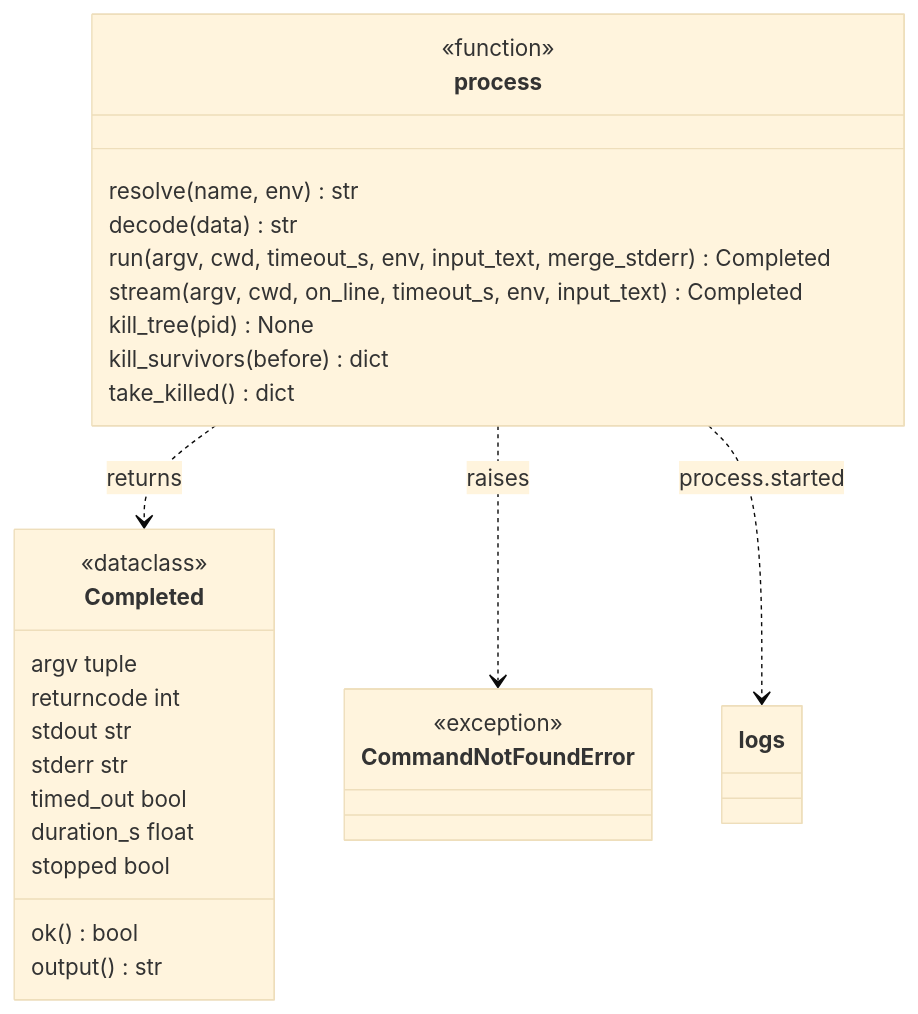
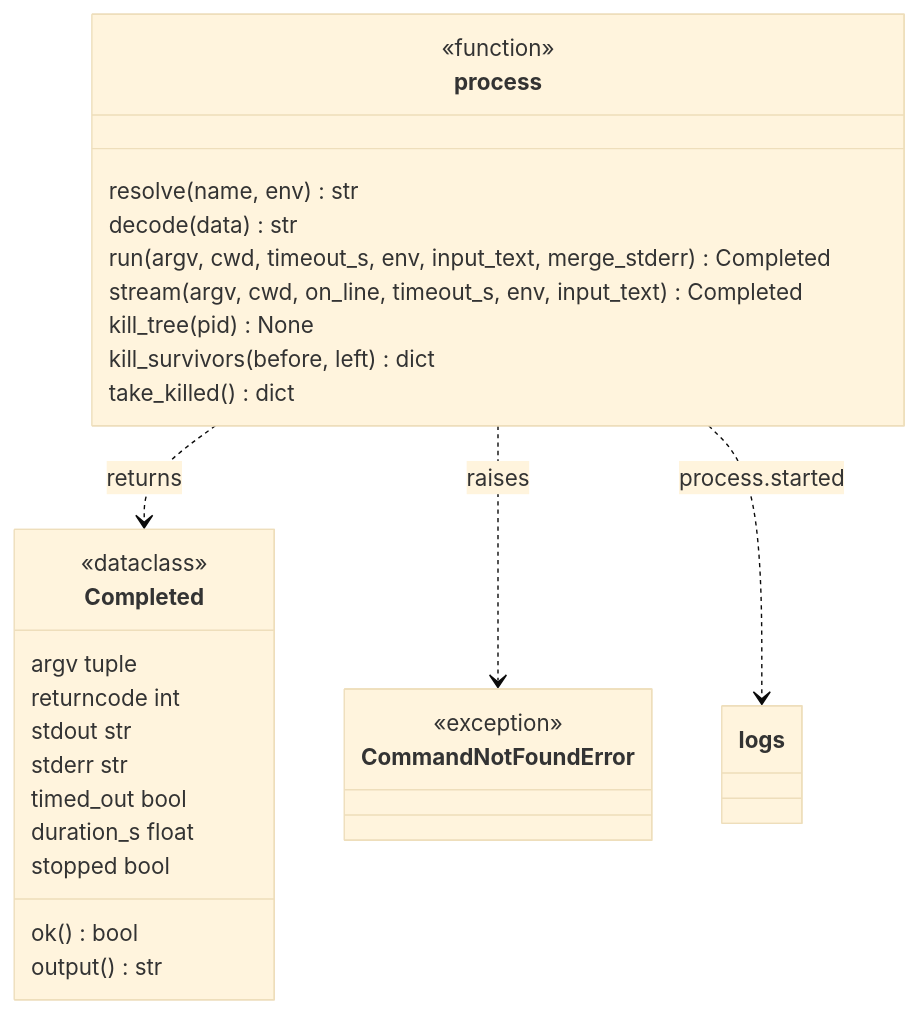
Before and after one commit to plaplanche/ariane: the second of 3 diagrams in docs/architecture/modules/process.md, drawn with Mermaid (base theme). The commit also changed other lines of this file and 10 other files, not shown here.

````diff
--- a/docs/architecture/modules/process.md
+++ b/docs/architecture/modules/process.md
@@ -53,31 +54,31 @@
 ```mermaid
 classDiagram
 class Completed {
   <<dataclass>>
   argv tuple
   returncode int
   stdout str
   stderr str
   timed_out bool
   duration_s float
   stopped bool
   ok() bool
   output() str
 }
 class CommandNotFoundError {
   <<exception>>
 }
 class process {
   <<function>>
   resolve(name, env) str
   decode(data) str
   run(argv, cwd, timeout_s, env, input_text, merge_stderr) Completed
   stream(argv, cwd, on_line, timeout_s, env, input_text) Completed
   kill_tree(pid) None
-  kill_survivors(before) dict
+  kill_survivors(before, left) dict
   take_killed() dict
 }
 process ..> Completed : returns
 process ..> CommandNotFoundError : raises
 process ..> logs : process.started
 ```
````
